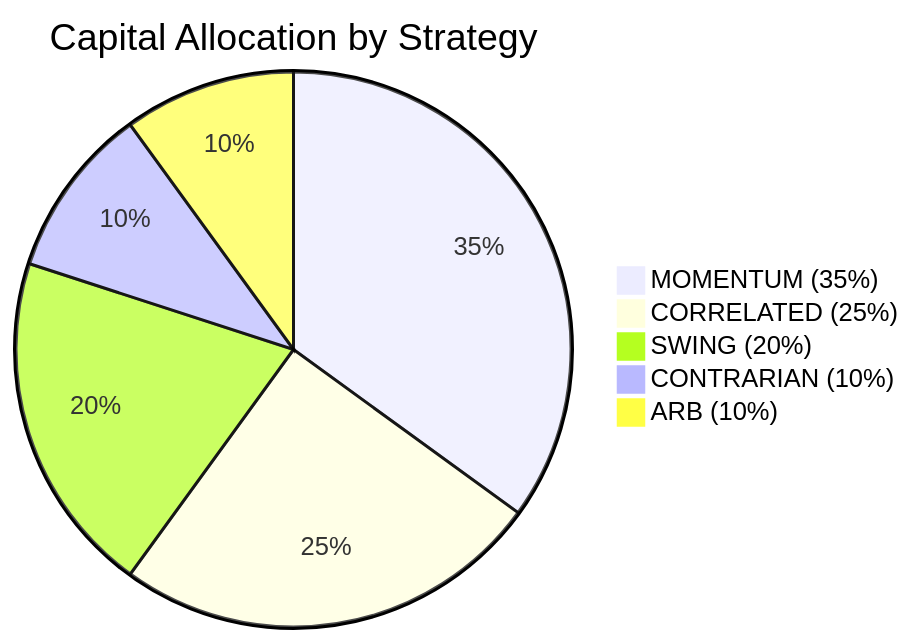
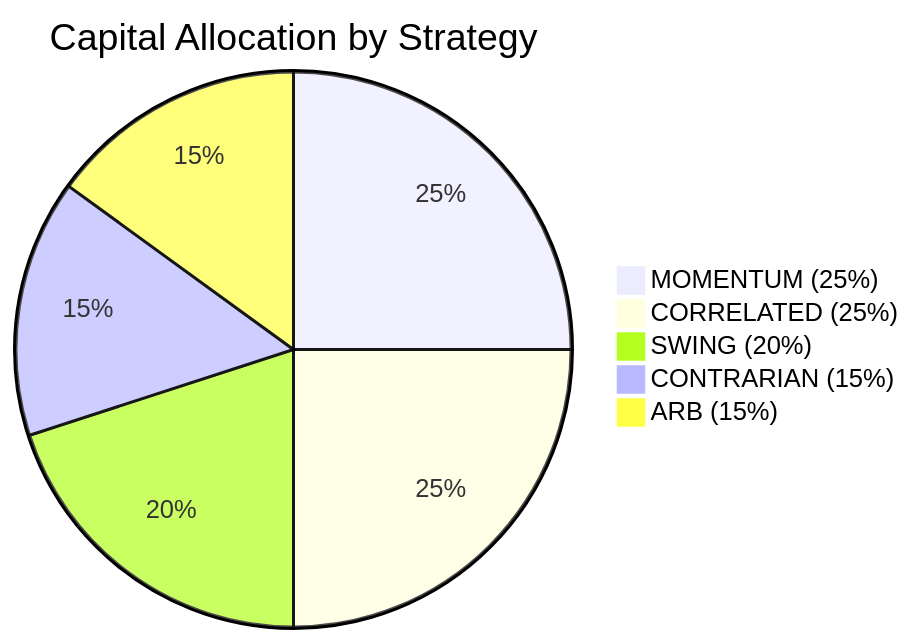
The first of 5 diagrams in README.md (diegocrisafu/expense), drawn with Mermaid before and after one commit. The commit also changed other lines of this file, not shown here.

````diff
--- a/README.md
+++ b/README.md
@@ -13,8 +36,8 @@
 ```mermaid
 pie title Capital Allocation by Strategy
-    "MOMENTUM (35%)" : 35
+    "MOMENTUM (25%)" : 25
     "CORRELATED (25%)" : 25
     "SWING (20%)" : 20
-    "CONTRARIAN (10%)" : 10
-    "ARB (10%)" : 10
+    "CONTRARIAN (15%)" : 15
+    "ARB (15%)" : 15
 ```
````
